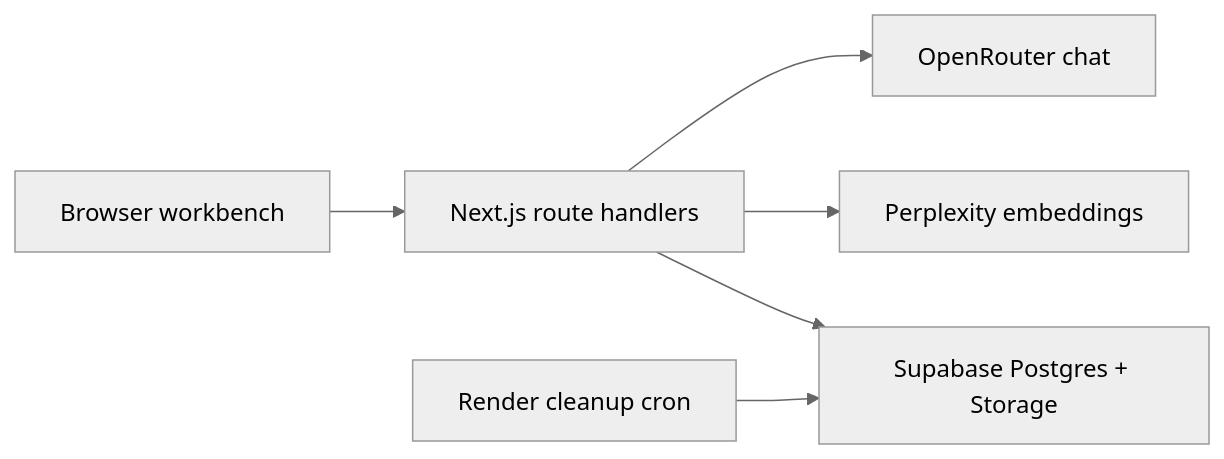
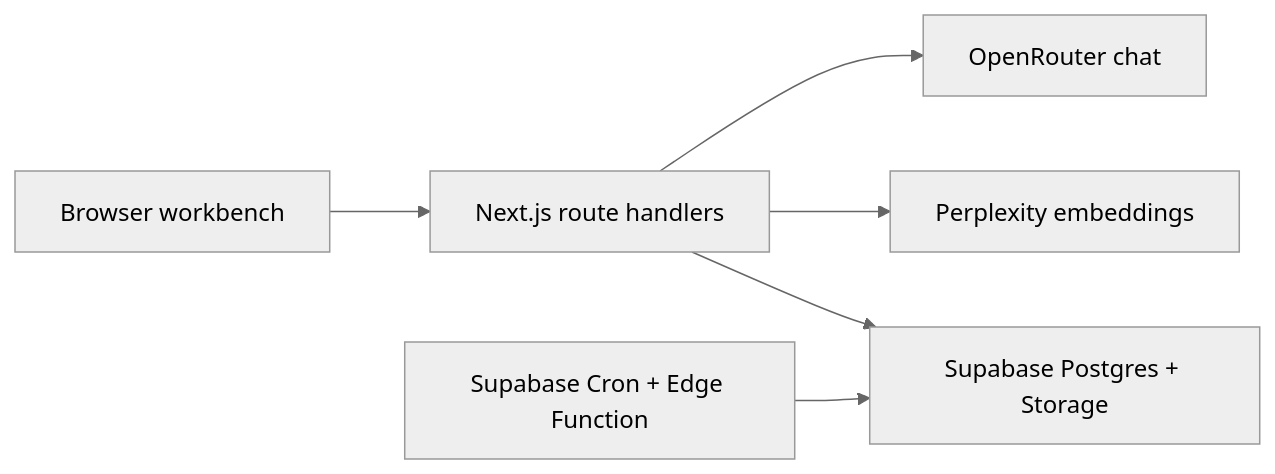
Before and after one commit to lagarcess/rag-lens: the first of 2 diagrams in docs/ARCHITECTURE.md, drawn with Mermaid (neutral theme). The commit also changed other lines of this file and 35 other files, not shown here.

Commit message:
chore(retention): move upload cleanup to Supabase cron

````diff
--- a/docs/ARCHITECTURE.md
+++ b/docs/ARCHITECTURE.md
@@ -7,8 +7,8 @@
 ```mermaid
 flowchart LR
   Browser["Browser workbench"] --> Next["Next.js route handlers"]
   Next --> Supabase["Supabase Postgres + Storage"]
   Next --> Perplexity["Perplexity embeddings"]
   Next --> OpenRouter["OpenRouter chat"]
-  RenderCron["Render cleanup cron"] --> Supabase
+  SupabaseCron["Supabase Cron + Edge Function"] --> Supabase
 ```
````
